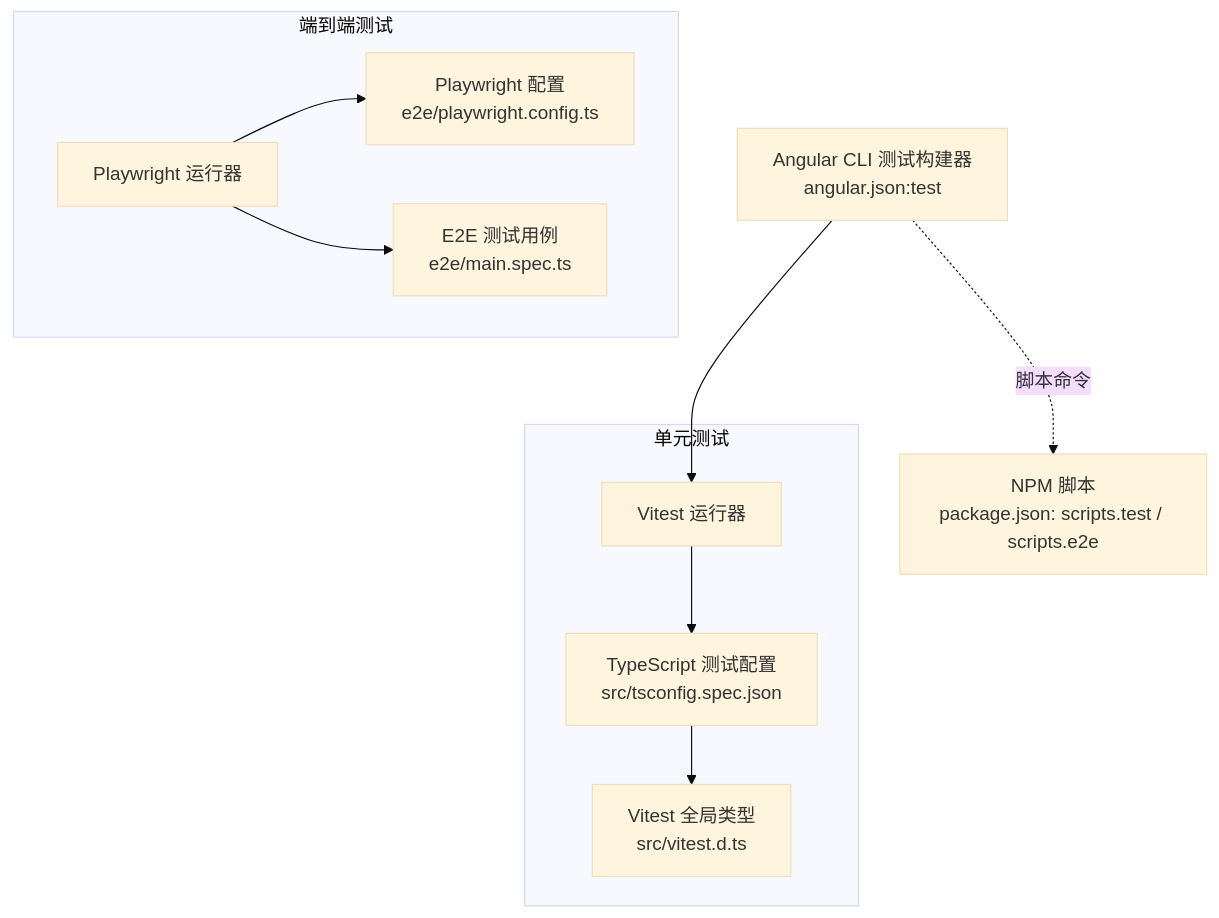
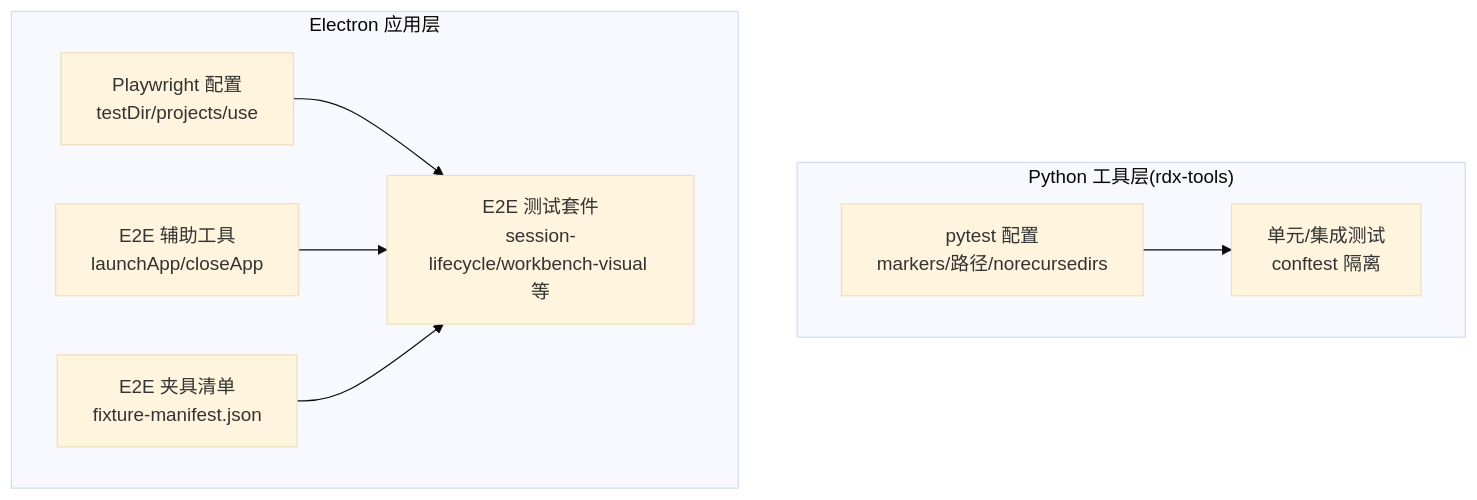
One commit to haolange/RDC-Agent changed the first of 5 diagrams in .qoder/repowiki/zh/content/测试策略/测试策略.md. Above: the diagram before and after it, drawn with Mermaid (base theme). The commit also changed other lines of this file and 84 other files, not shown here.

````diff
--- a/.qoder/repowiki/zh/content/测试策略/测试策略.md
+++ b/.qoder/repowiki/zh/content/测试策略/测试策略.md
@@ -89,19 +40,17 @@
 ```mermaid
 graph TB
-subgraph "单元测试"
-V["Vitest 运行器"]
-TSC["TypeScript 测试配置<br/>src/tsconfig.spec.json"]
-VTYPES["Vitest 全局类型<br/>src/vitest.d.ts"]
+subgraph "Python 工具层(rdx-tools)"
+PConf["pytest 配置<br/>markers/路径/norecursedirs"]
+PTests["单元/集成测试<br/>conftest 隔离"]
 end
-subgraph "端到端测试"
-P["Playwright 运行器"]
-PCFG["Playwright 配置<br/>e2e/playwright.config.ts"]
-E2E["E2E 测试用例<br/>e2e/main.spec.ts"]
+subgraph "Electron 应用层"
+PWConf["Playwright 配置<br/>testDir/projects/use"]
+EHelper["E2E 辅助工具<br/>launchApp/closeApp"]
+EFix["E2E 夹具清单<br/>fixture-manifest.json"]
+ESuites["E2E 测试套件<br/>session-lifecycle/workbench-visual 等"]
 end
-CLI["Angular CLI 测试构建器<br/>angular.json:test"] --> V
-V --> TSC
-TSC --> VTYPES
-P --> PCFG
-P --> E2E
-CLI -.->|"脚本命令"| NPM["NPM 脚本<br/>package.json: scripts.test / scripts.e2e"]
+PConf --> PTests
+PWConf --> ESuites
+EHelper --> ESuites
+EFix --> ESuites
 ```
````
